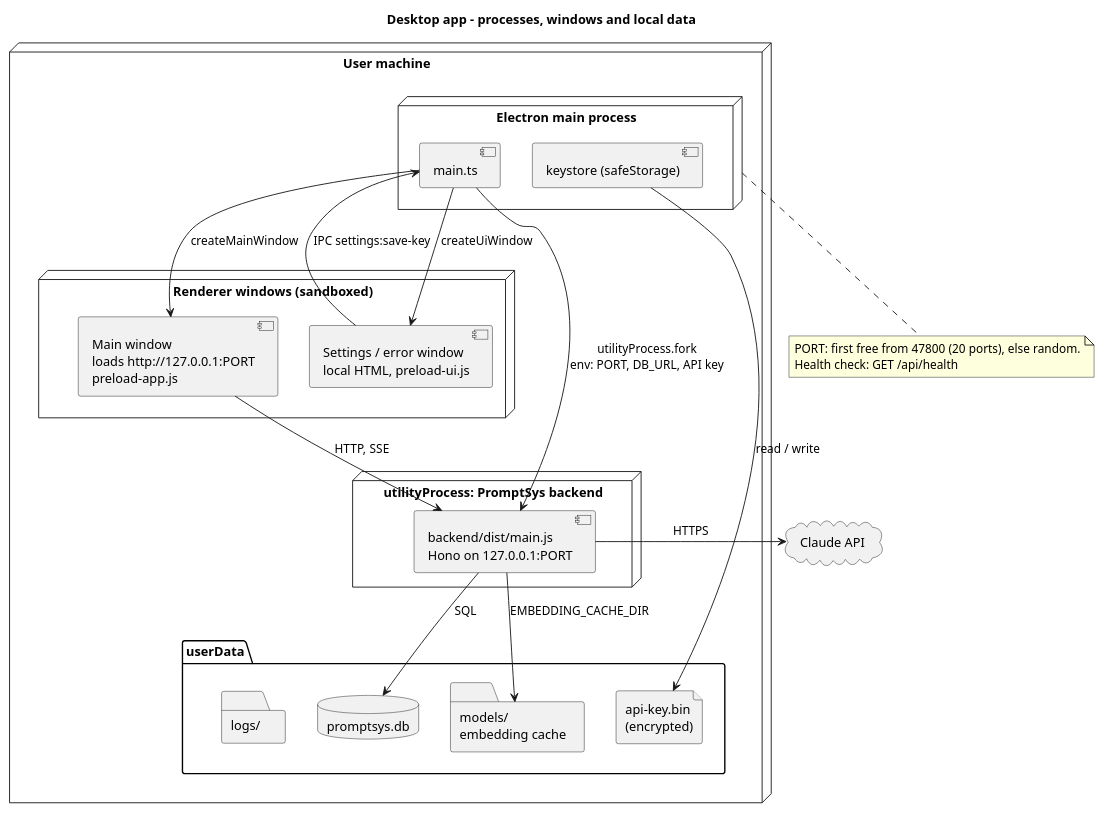
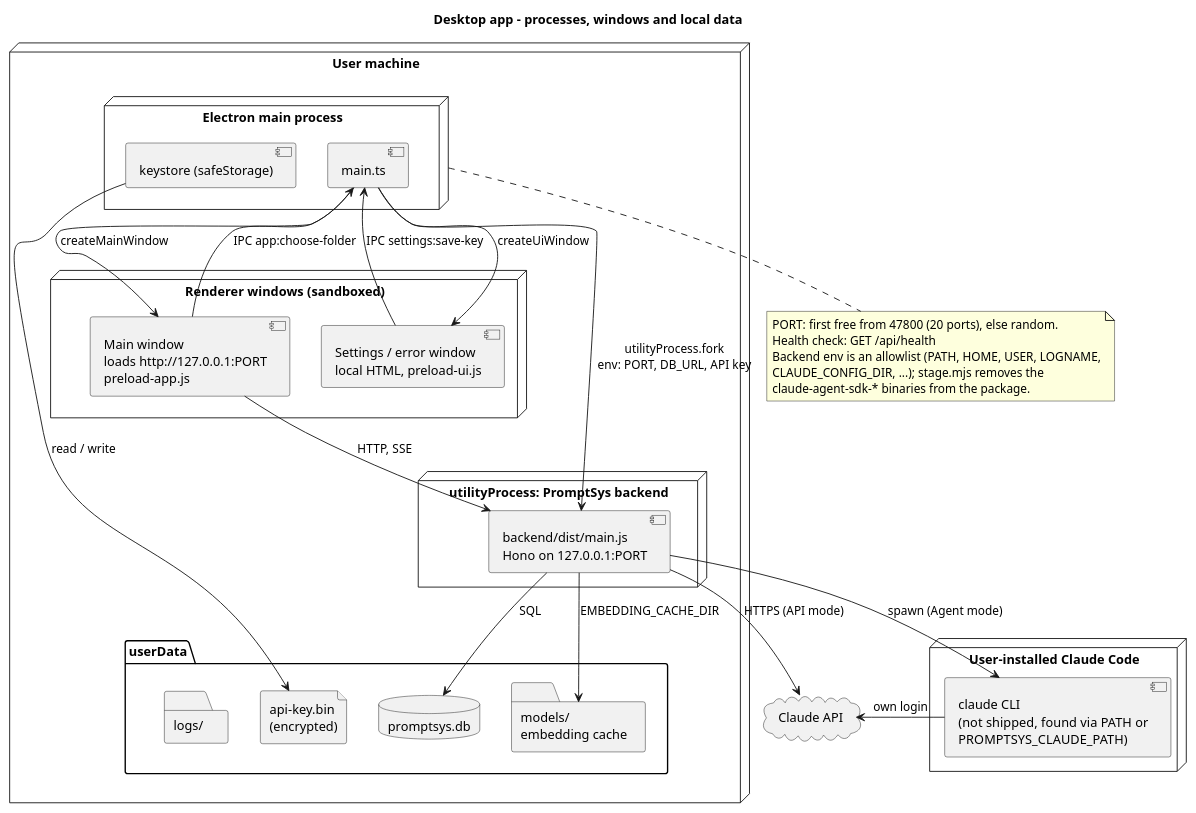
One commit to enessosa/PromptSys changed the diagram in docs/diagrams/desktop-deployment.puml. Above: the diagram before and after it, drawn with PlantUML. The commit also changed 12 other files, not shown here.

First line of the commit message:
Update architecture diagrams for Agent mode

```diff
--- a/docs/diagrams/desktop-deployment.puml
+++ b/docs/diagrams/desktop-deployment.puml
@@ -1,40 +1,49 @@
 @startuml desktop-deployment
 title Desktop app - processes, windows and local data
 
 node "User machine" {
   node "Electron main process" as main {
     component "main.ts" as mainTs
     component "keystore (safeStorage)" as ks
   }
   node "utilityProcess: PromptSys backend" as be {
     component "backend/dist/main.js\nHono on 127.0.0.1:PORT" as hono
   }
   node "Renderer windows (sandboxed)" as rend {
     component "Main window\nloads http://127.0.0.1:PORT\npreload-app.js" as win
     component "Settings / error window\nlocal HTML, preload-ui.js" as ui
   }
   folder "userData" as ud {
     database "promptsys.db" as db
     file "api-key.bin\n(encrypted)" as key
     folder "models/\nembedding cache" as models
     folder "logs/" as logs
   }
 }
+node "User-installed Claude Code" as cc {
+  component "claude CLI\n(not shipped, found via PATH or\nPROMPTSYS_CLAUDE_PATH)" as cli
+}
 cloud "Claude API" as claude
 
 mainTs -right-> hono : utilityProcess.fork\nenv: PORT, DB_URL, API key
 mainTs -down-> win : createMainWindow
 mainTs -down-> ui : createUiWindow
 ui -right-> mainTs : IPC settings:save-key
+win -up-> mainTs : IPC app:choose-folder
 ks -down-> key : read / write
 rend -[hidden]down-> ud
 win -down-> hono : HTTP, SSE
 hono -down-> db : SQL
 hono -down-> models : EMBEDDING_CACHE_DIR
-hono -right-> claude : HTTPS
+hono -right-> claude : HTTPS (API mode)
+hono -down-> cli : spawn (Agent mode)
+cli -right-> claude : own login
 
 note bottom of main
   PORT: first free from 47800 (20 ports), else random.
   Health check: GET /api/health
+  Backend env is an allowlist (PATH, HOME, USER, LOGNAME,
+  CLAUDE_CONFIG_DIR, ...); stage.mjs removes the
+  claude-agent-sdk-* binaries from the package.
 end note
 @enduml
```
